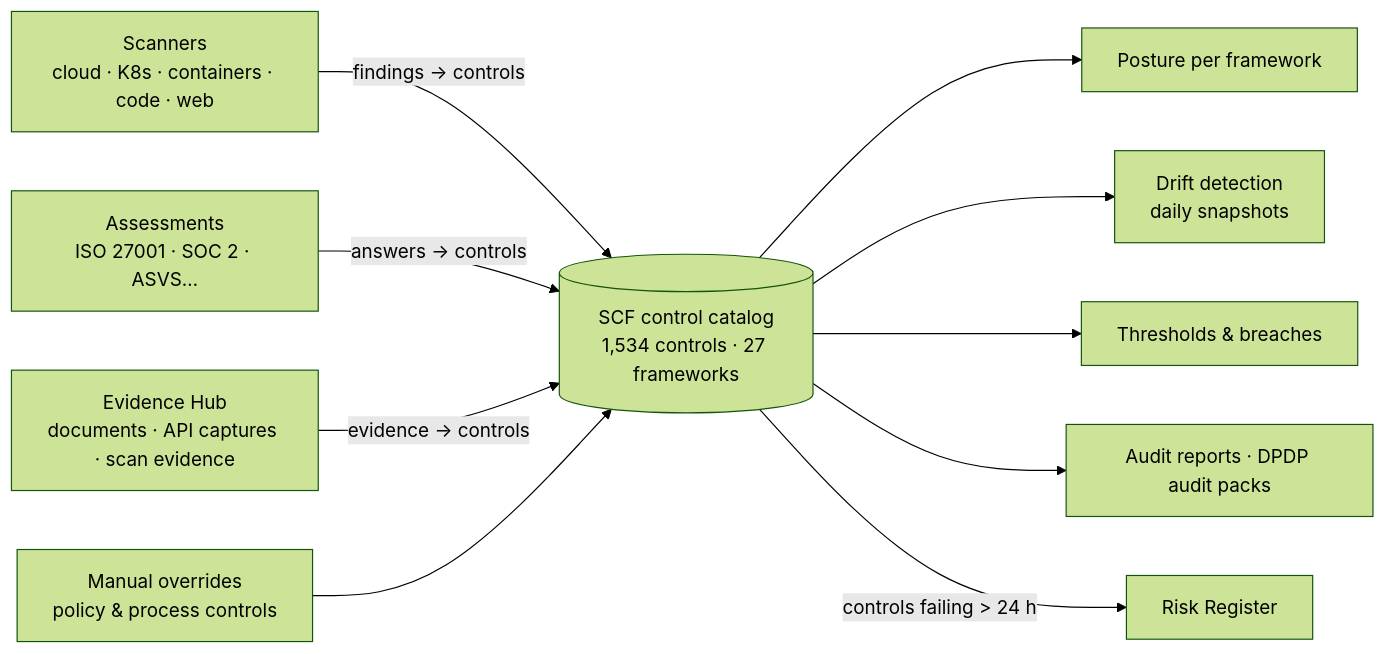
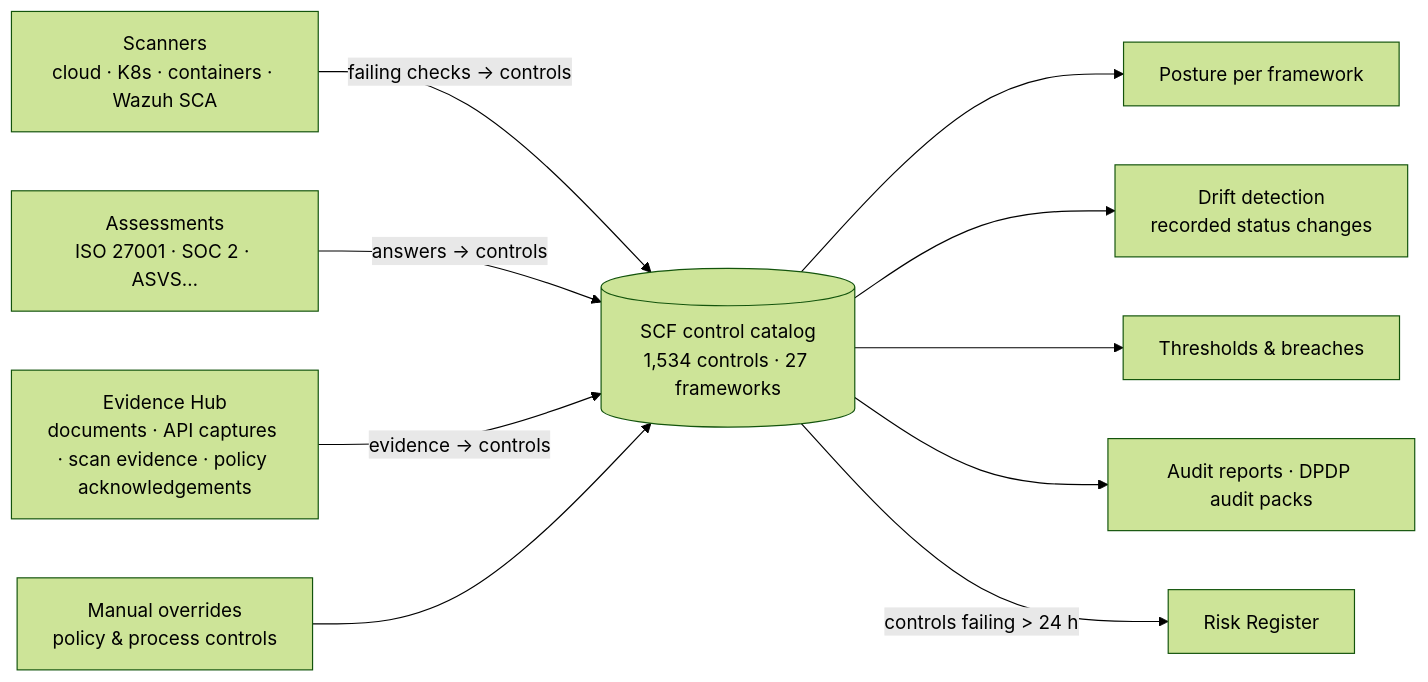
Before and after one commit to niteshsaini/offloadsecurity-docs: the diagram in docs/compliance/index.md, drawn with Mermaid (forest theme). The commit also changed other lines of this file and 156 other files, not shown here.

````diff
--- a/docs/compliance/index.md
+++ b/docs/compliance/index.md
@@ -27,12 +29,12 @@
 ```mermaid
 flowchart LR
-    S[Scanners<br/>cloud · K8s · containers · code · web] -->|findings → controls| C[(SCF control catalog<br/>1,534 controls · 27 frameworks)]
+    S[Scanners<br/>cloud · K8s · containers · Wazuh SCA] -->|failing checks → controls| C[(SCF control catalog<br/>1,534 controls · 27 frameworks)]
     A[Assessments<br/>ISO 27001 · SOC 2 · ASVS…] -->|answers → controls| C
-    E[Evidence Hub<br/>documents · API captures · scan evidence] -->|evidence → controls| C
+    E[Evidence Hub<br/>documents · API captures · scan evidence · policy acknowledgements] -->|evidence → controls| C
     O[Manual overrides<br/>policy & process controls] --> C
     C --> P[Posture per framework]
-    C --> D[Drift detection<br/>daily snapshots]
+    C --> D[Drift detection<br/>recorded status changes]
     C --> T[Thresholds & breaches]
     C --> R[Audit reports · DPDP audit packs]
     C -->|controls failing > 24 h| RM[Risk Register]
 ```
````
